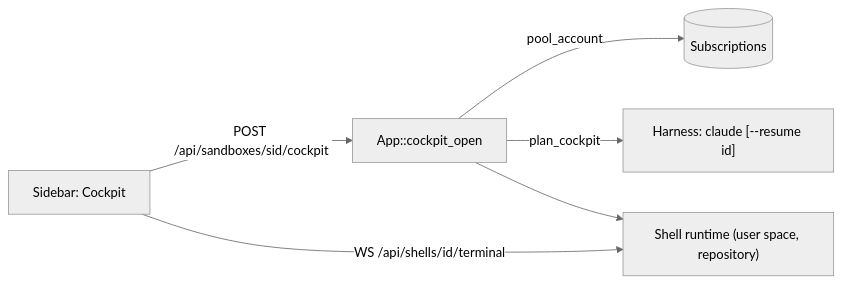
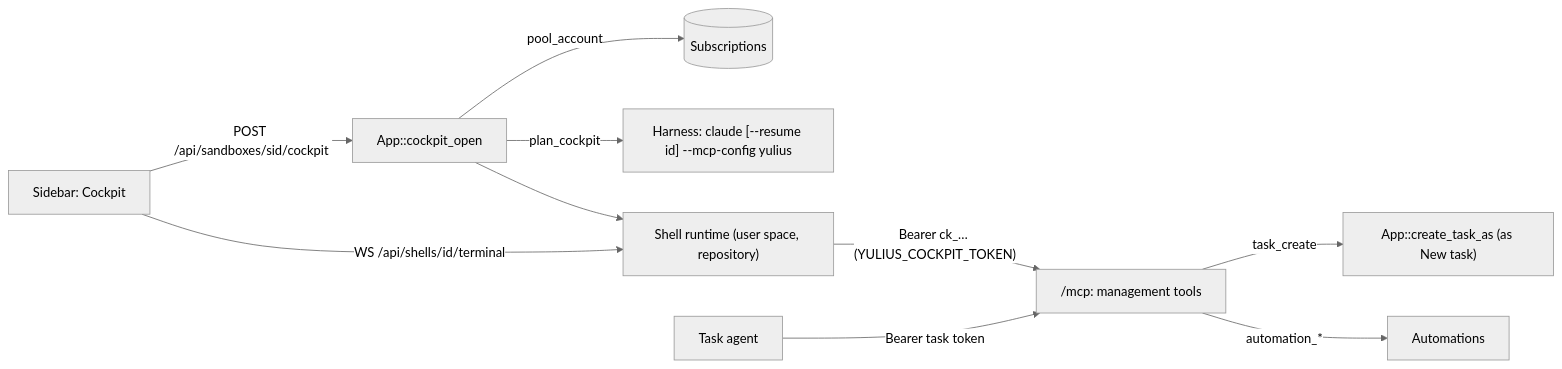
One commit to Quartio-Studio/yulius changed the fifth of 7 diagrams in docs/architecture.md. Above: the diagram before and after it, drawn with Mermaid (neutral theme). The commit also changed other lines of this file and 29 other files, not shown here.

First line of the commit message:
feat(mcp): I got something like this. Tasks and cockpit should be able to manage our whole … (#281)

````diff
--- a/docs/architecture.md
+++ b/docs/architecture.md
@@ -150,8 +158,12 @@
 ```mermaid
 flowchart LR
   UI["Sidebar: Cockpit"] -->|"POST /api/sandboxes/sid/cockpit"| APP["App::cockpit_open"]
   APP -->|"pool_account"| POOL[("Subscriptions")]
-  APP -->|"plan_cockpit"| HP["Harness: claude [--resume id]"]
+  APP -->|"plan_cockpit"| HP["Harness: claude [--resume id] --mcp-config yulius"]
   APP --> SH["Shell runtime (user space, repository)"]
   UI -->|"WS /api/shells/id/terminal"| SH
+  SH -->|"Bearer ck_… (YULIUS_COCKPIT_TOKEN)"| MCP["/mcp: management tools"]
+  AG["Task agent"] -->|"Bearer task token"| MCP
+  MCP -->|"task_create"| NT["App::create_task_as (as New task)"]
+  MCP -->|"automation_*"| AU["Automations"]
 ```
````
